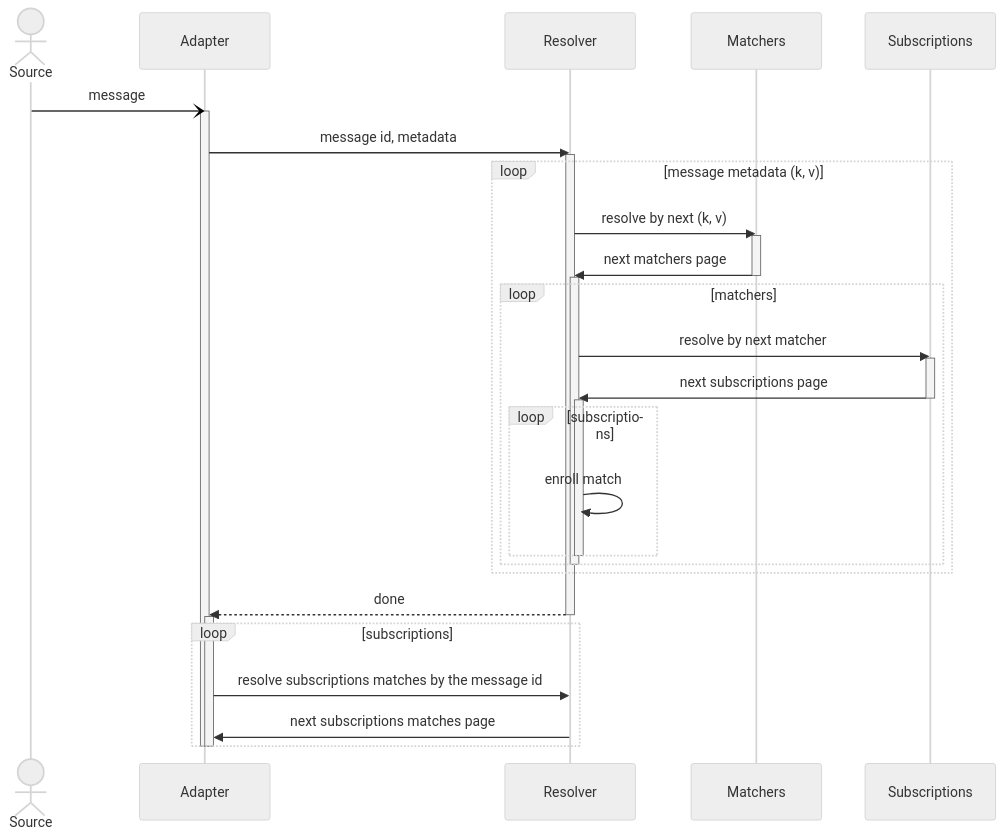
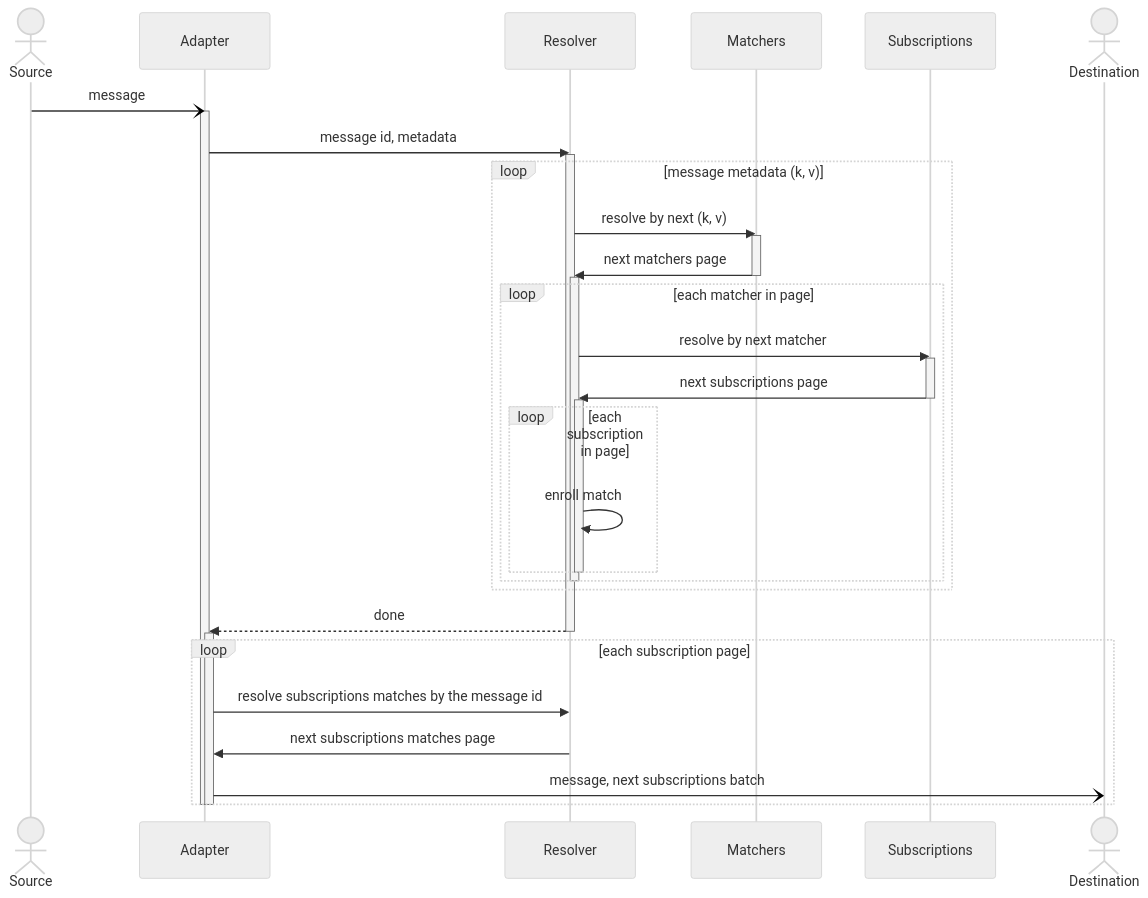
Before and after one commit to awakari/.github: the diagram in profile/README.md, drawn with Mermaid.

````diff
--- a/profile/README.md
+++ b/profile/README.md
@@ -13,54 +13,56 @@
 ```mermaid
 %%{init: {'theme': 'neutral' } }%%
 sequenceDiagram
 
     actor Source
     participant Adapter
     participant Resolver
     participant Matchers
     participant Subscriptions
+    actor Destination
 
     Source-)Adapter: message
     activate Adapter
     
     Adapter->>Resolver: message id, metadata
     activate Resolver
     
     loop message metadata (k, v)
     
         Resolver->>Matchers: resolve by next (k, v)
         activate Matchers
         Matchers->>Resolver: next matchers page
         deactivate Matchers
         
         activate Resolver
-        loop matchers
+        loop each matcher in page
             
             Resolver->>Subscriptions: resolve by next matcher
             activate Subscriptions
             Subscriptions->>Resolver: next subscriptions page
             deactivate Subscriptions
             
             activate Resolver
-            loop subscriptions
+            loop each subscription in page
                 Resolver->>Resolver: enroll match
             end
             deactivate Resolver
             
         end
         deactivate Resolver
     end
     
     
     
     Resolver-->>Adapter: done
     deactivate Resolver
 
     activate Adapter
-    loop subscriptions
+    loop each subscription page
         Adapter->>Resolver: resolve subscriptions matches by the message id
         Resolver->>Adapter: next subscriptions matches page
+        Adapter-)Destination: message, next subscriptions batch
     end
     deactivate Adapter
     deactivate Adapter
 ```
````
